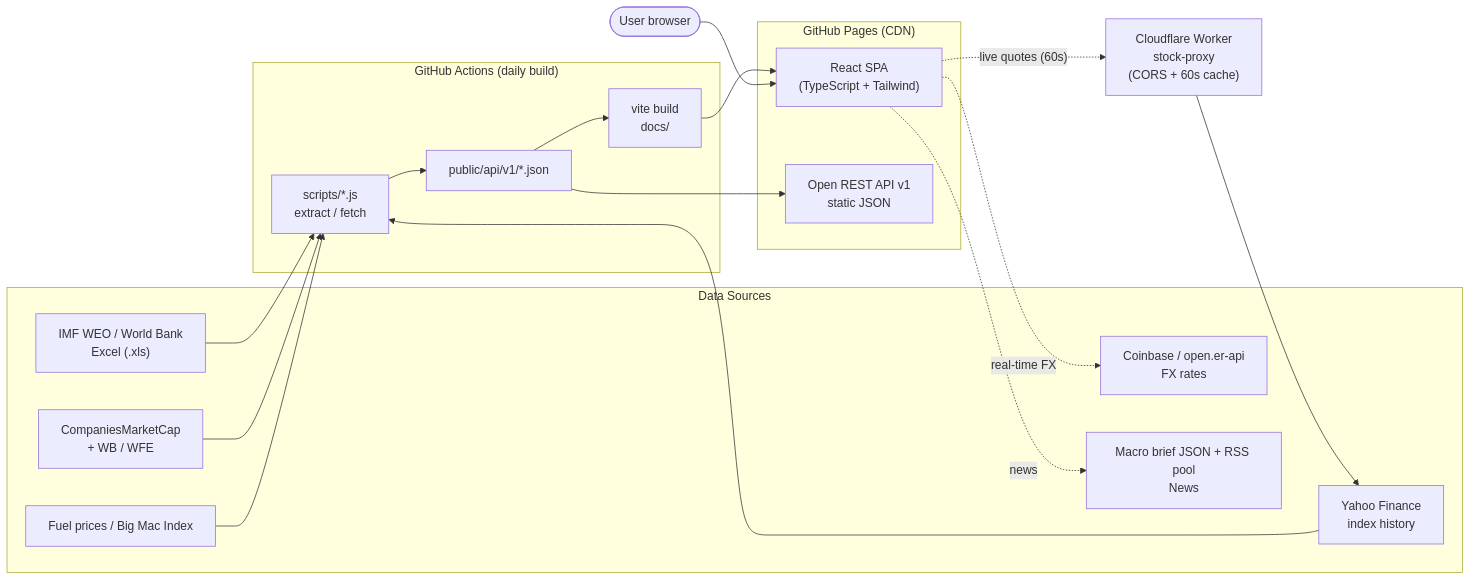
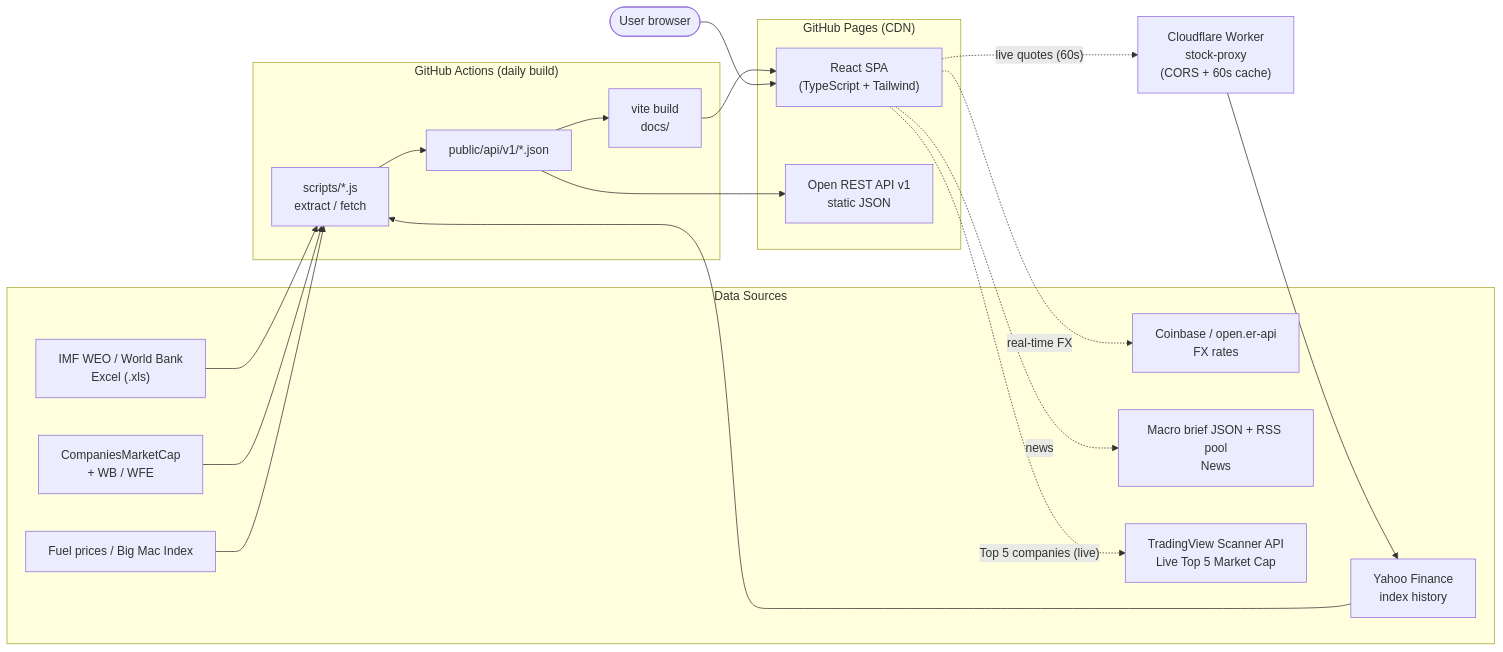
Before and after one commit to silverogic/geonomics: the diagram in README.md, drawn with Mermaid. The commit also changed other lines of this file and 2 other files, not shown here.

Commit message:
docs(readme): document dynamic Top 5 companies by market cap, 72-exchange verification, and header UX updates

````diff
--- a/README.md
+++ b/README.md
@@ -111,38 +115,40 @@
 ```mermaid
 flowchart LR
   subgraph SRC["Data Sources"]
     S1["IMF WEO / World Bank<br/>Excel (.xls)"]
     S2["Yahoo Finance<br/>index history"]
     S3["CompaniesMarketCap<br/>+ WB / WFE"]
     S4["Fuel prices / Big Mac Index"]
     S5["Coinbase / open.er-api<br/>FX rates"]
     S6["Macro brief JSON + RSS pool<br/>News"]
+    S7["TradingView Scanner API<br/>Live Top 5 Market Cap"]
   end
 
   subgraph CI["GitHub Actions (daily build)"]
     P1["scripts/*.js<br/>extract / fetch"]
     P2["public/api/v1/*.json"]
     P3["vite build<br/>docs/"]
   end
 
   subgraph HOST["GitHub Pages (CDN)"]
     WEB["React SPA<br/>(TypeScript + Tailwind)"]
     API["Open REST API v1<br/>static JSON"]
   end
 
   W["Cloudflare Worker<br/>stock-proxy<br/>(CORS + 60s cache)"]
   U(["User browser"])
 
   S1 --> P1
   S2 --> P1
   S3 --> P1
   S4 --> P1
   P1 --> P2 --> P3 --> WEB
   P2 --> API
 
   U --> WEB
   WEB -. "live quotes (60s)" .-> W
   W --> S2
   WEB -. "real-time FX" .-> S5
   WEB -. "news" .-> S6
+  WEB -. "Top 5 companies (live)" .-> S7
 ```
````
